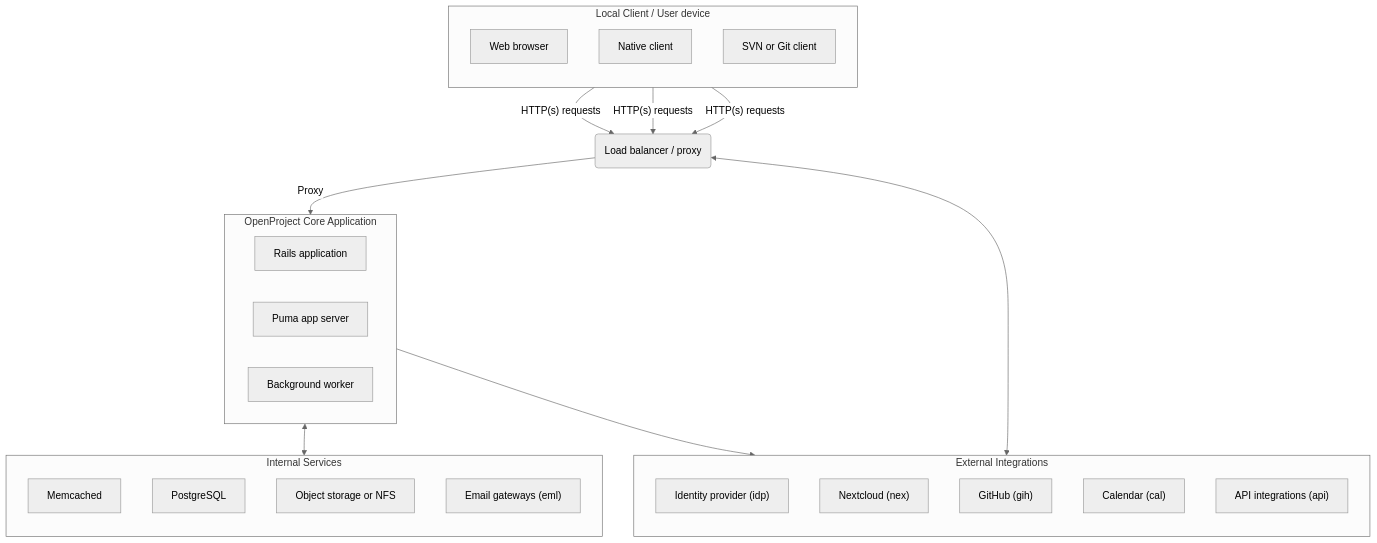
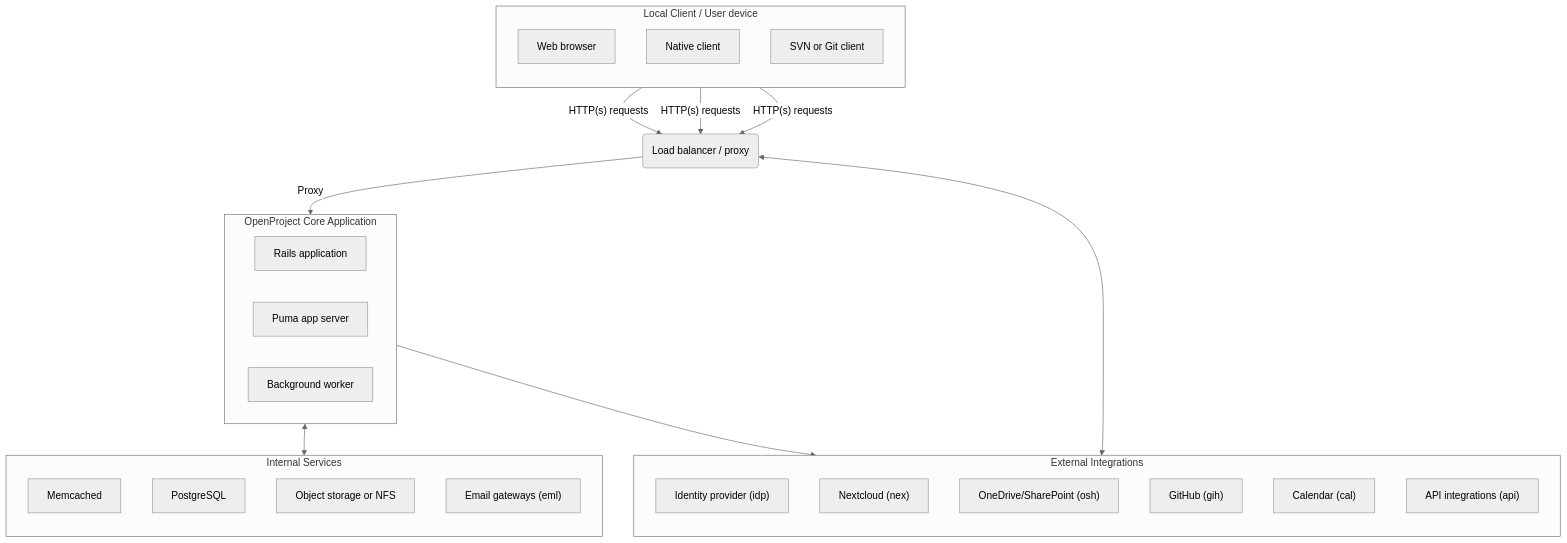
Before and after one commit to opf/openproject: the first of 8 diagrams in docs/security-and-privacy/processing-of-personal-data/README.md, drawn with Mermaid. The commit also changed other lines of this file, not shown here.

Commit message:
Adding OneDrive/SharePoint to the data privacy docs

````diff
--- a/docs/security-and-privacy/processing-of-personal-data/README.md
+++ b/docs/security-and-privacy/processing-of-personal-data/README.md
@@ -216,54 +216,55 @@
 ```mermaid
 %%{init: {'theme':'neutral'}}%%
 
 flowchart TD
   browser[Web browser] -->|"HTTP(s) requests"| loadbalancer(Load balancer / proxy)
   A1[Native client] -->|"HTTP(s) requests"| loadbalancer
   A2[SVN or Git client] -->|"HTTP(s) requests"| loadbalancer
   loadbalancer -->|Proxy| openproject
   
   subgraph openproject[OpenProject Core Application]
     openprojectrailsapp[Rails application]
     C[Puma app server]
     D[Background worker]
   end
 
 
   subgraph integrations[External Integrations]
   direction TB
     idp["Identity provider (idp)"]
     nex["Nextcloud (nex)"]
+    osh["OneDrive/SharePoint (osh)"]
     gih["GitHub (gih)"]
     cal["Calendar (cal)"]
   	O["API integrations (api)"]
  
 end
 
   subgraph services[Internal Services]
   direction TB
   	M[Memcached]
 	  P[PostgreSQL]
 	  S[Object storage or NFS]
 	  email["Email gateways (eml)"]
   end
 
 
   openproject <--> services
   openproject --> integrations
   loadbalancer <--> integrations
   
   subgraph localclients[Local Client / User device]
   direction TB
 	browser
 	A1
 	A2
 	
 	
 	
 	
 end
 
   
   
 
 ```
````
